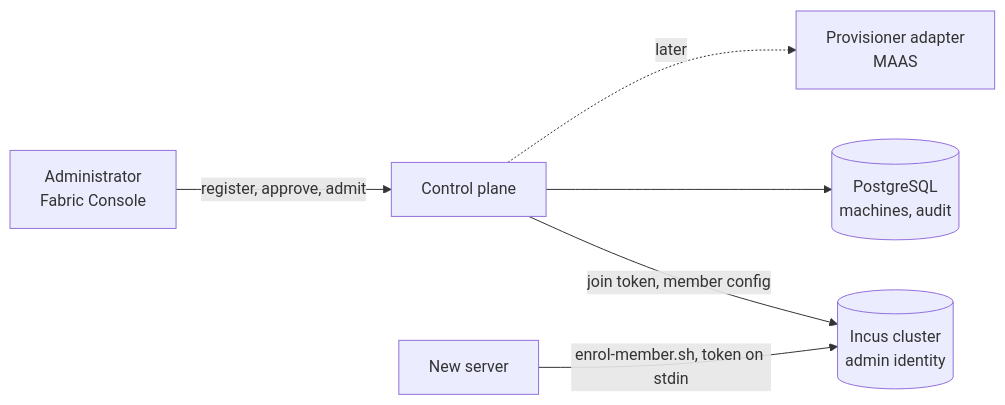
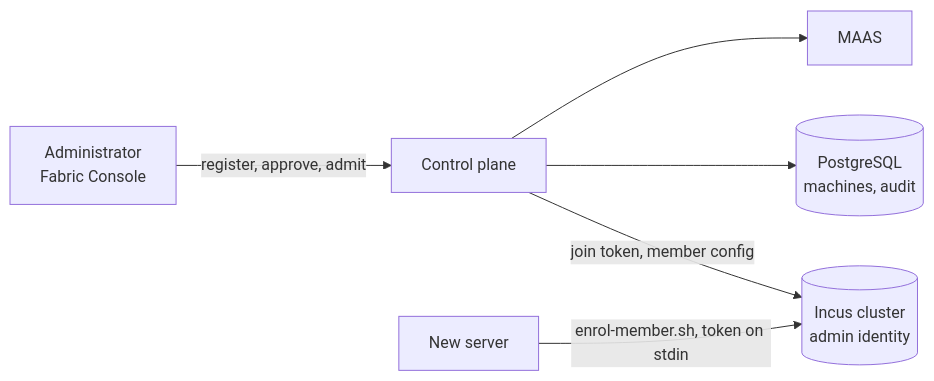
Before and after one commit to Apelora/apelora.github.io: the diagram in content/docs/design/node-enrolment.md, drawn with Mermaid. The commit also changed other lines of this file and 117 other files, not shown here.

````diff
--- a/content/docs/design/node-enrolment.md
+++ b/content/docs/design/node-enrolment.md
@@ -31,8 +18,8 @@
 ```mermaid
 flowchart LR
   admin[Administrator<br/>Fabric Console] -->|register, approve, admit| api[Control plane]
   api -->|join token, member config| incus[(Incus cluster<br/>admin identity)]
   api --> db[(PostgreSQL<br/>machines, audit)]
-  api -. later .-> maas[Provisioner adapter<br/>MAAS]
+  api --> maas[MAAS]
   host[New server] -->|enrol-member.sh, token on stdin| incus
 ```
````
